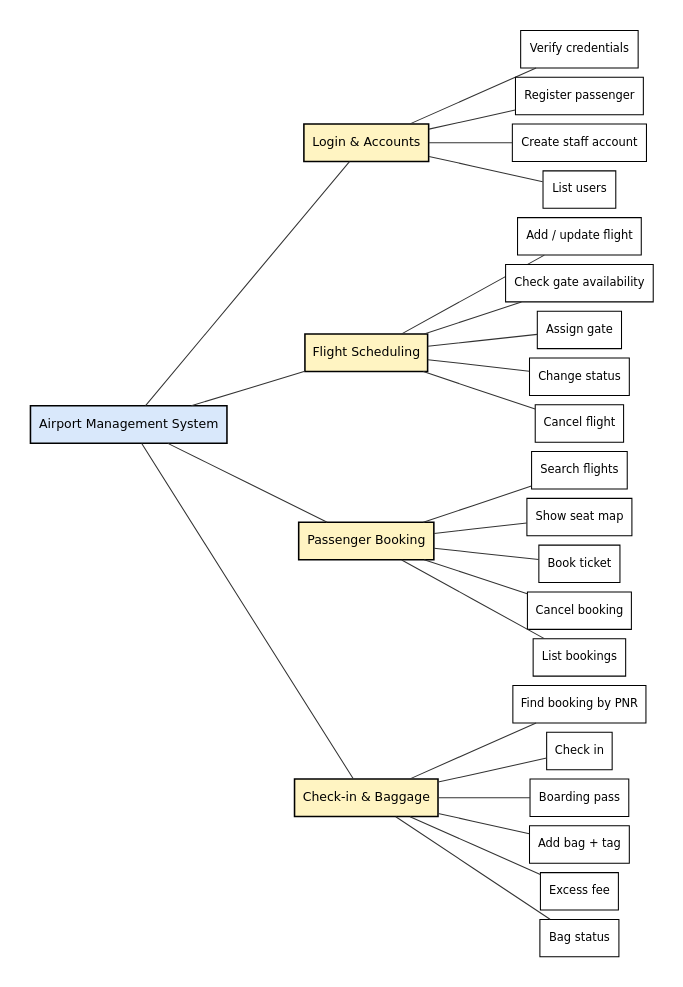
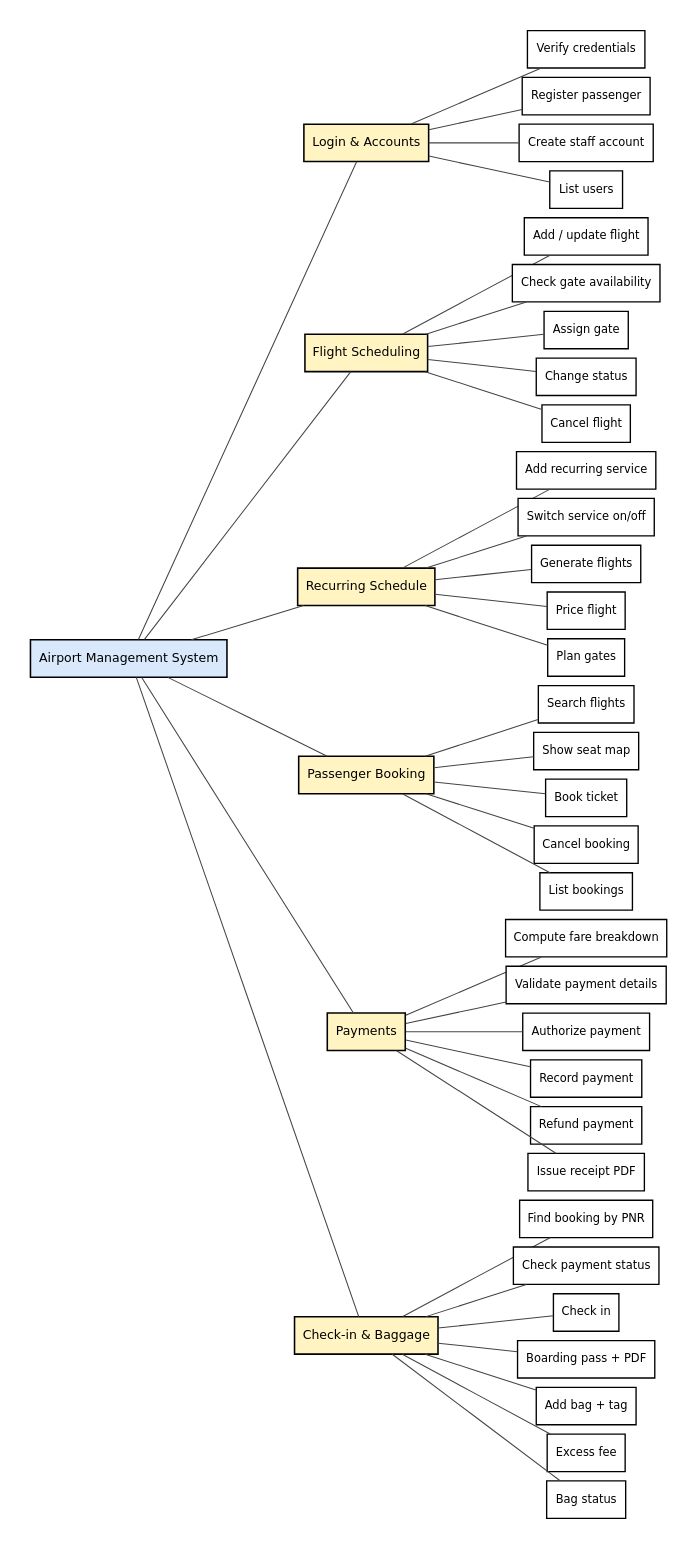
Before and after one commit to praksingh-2702/AirportMS: the diagram in docs/diagrams/decomposition.dot, drawn with Graphviz. The commit also changed 193 other files, not shown here.

Commit message:
Add payments, refunds, PDFs, schedule generation; update report and diagrams

```diff
--- a/docs/diagrams/decomposition.dot
+++ b/docs/diagrams/decomposition.dot
@@ -1,55 +1,83 @@
 digraph "decomposition" {
-  graph [fontname="DejaVu Sans" pad=0.3 rankdir=LR nodesep=0.12 ranksep=0.9 splines=line];
-  node [fontname="DejaVu Sans" fontsize=12];
-  edge [fontname="DejaVu Sans" fontsize=10 color="#333333"];
-  node [shape=box style="filled" fillcolor="white"];
+  graph [rankdir=LR bgcolor="#FFFFFF" fontname="DejaVu Sans" pad=0.3 splines=true nodesep=0.12 ranksep=0.9 splines=line];
+  node [fontname="DejaVu Sans" fontsize=12 color="#000000" fillcolor="#D9E8FB" style=filled penwidth=1.3];
+  edge [fontname="DejaVu Sans" fontsize=10 color="#444444" arrowsize=0.7];
+  node [shape=box fillcolor="white"];
   n0 [label="Airport Management System" fillcolor="#D9E8FB" penwidth=1.5];
   n0 -> n1 [arrowhead=none];
   n0 -> n2 [arrowhead=none];
   n0 -> n3 [arrowhead=none];
   n0 -> n4 [arrowhead=none];
+  n0 -> n5 [arrowhead=none];
+  n0 -> n6 [arrowhead=none];
   n1 [label="Login & Accounts" fillcolor="#FFF4C2" penwidth=1.5];
-  n5 [label="Verify credentials" fontsize=11];
-  n1 -> n5 [arrowhead=none];
-  n6 [label="Register passenger" fontsize=11];
-  n1 -> n6 [arrowhead=none];
-  n7 [label="Create staff account" fontsize=11];
+  n7 [label="Verify credentials" fontsize=11];
   n1 -> n7 [arrowhead=none];
-  n8 [label="List users" fontsize=11];
+  n8 [label="Register passenger" fontsize=11];
   n1 -> n8 [arrowhead=none];
+  n9 [label="Create staff account" fontsize=11];
+  n1 -> n9 [arrowhead=none];
+  n10 [label="List users" fontsize=11];
+  n1 -> n10 [arrowhead=none];
   n2 [label="Flight Scheduling" fillcolor="#FFF4C2" penwidth=1.5];
-  n9 [label="Add / update flight" fontsize=11];
-  n2 -> n9 [arrowhead=none];
-  n10 [label="Check gate availability" fontsize=11];
-  n2 -> n10 [arrowhead=none];
-  n11 [label="Assign gate" fontsize=11];
+  n11 [label="Add / update flight" fontsize=11];
   n2 -> n11 [arrowhead=none];
-  n12 [label="Change status" fontsize=11];
+  n12 [label="Check gate availability" fontsize=11];
   n2 -> n12 [arrowhead=none];
-  n13 [label="Cancel flight" fontsize=11];
+  n13 [label="Assign gate" fontsize=11];
   n2 -> n13 [arrowhead=none];
-  n3 [label="Passenger Booking" fillcolor="#FFF4C2" penwidth=1.5];
-  n14 [label="Search flights" fontsize=11];
-  n3 -> n14 [arrowhead=none];
-  n15 [label="Show seat map" fontsize=11];
-  n3 -> n15 [arrowhead=none];
-  n16 [label="Book ticket" fontsize=11];
+  n14 [label="Change status" fontsize=11];
+  n2 -> n14 [arrowhead=none];
+  n15 [label="Cancel flight" fontsize=11];
+  n2 -> n15 [arrowhead=none];
+  n3 [label="Recurring Schedule" fillcolor="#FFF4C2" penwidth=1.5];
+  n16 [label="Add recurring service" fontsize=11];
   n3 -> n16 [arrowhead=none];
-  n17 [label="Cancel booking" fontsize=11];
+  n17 [label="Switch service on/off" fontsize=11];
   n3 -> n17 [arrowhead=none];
-  n18 [label="List bookings" fontsize=11];
+  n18 [label="Generate flights" fontsize=11];
   n3 -> n18 [arrowhead=none];
-  n4 [label="Check-in & Baggage" fillcolor="#FFF4C2" penwidth=1.5];
-  n19 [label="Find booking by PNR" fontsize=11];
-  n4 -> n19 [arrowhead=none];
-  n20 [label="Check in" fontsize=11];
-  n4 -> n20 [arrowhead=none];
-  n21 [label="Boarding pass" fontsize=11];
+  n19 [label="Price flight" fontsize=11];
+  n3 -> n19 [arrowhead=none];
+  n20 [label="Plan gates" fontsize=11];
+  n3 -> n20 [arrowhead=none];
+  n4 [label="Passenger Booking" fillcolor="#FFF4C2" penwidth=1.5];
+  n21 [label="Search flights" fontsize=11];
   n4 -> n21 [arrowhead=none];
-  n22 [label="Add bag + tag" fontsize=11];
+  n22 [label="Show seat map" fontsize=11];
   n4 -> n22 [arrowhead=none];
-  n23 [label="Excess fee" fontsize=11];
+  n23 [label="Book ticket" fontsize=11];
   n4 -> n23 [arrowhead=none];
-  n24 [label="Bag status" fontsize=11];
+  n24 [label="Cancel booking" fontsize=11];
   n4 -> n24 [arrowhead=none];
+  n25 [label="List bookings" fontsize=11];
+  n4 -> n25 [arrowhead=none];
+  n5 [label="Payments" fillcolor="#FFF4C2" penwidth=1.5];
+  n26 [label="Compute fare breakdown" fontsize=11];
+  n5 -> n26 [arrowhead=none];
+  n27 [label="Validate payment details" fontsize=11];
+  n5 -> n27 [arrowhead=none];
+  n28 [label="Authorize payment" fontsize=11];
+  n5 -> n28 [arrowhead=none];
+  n29 [label="Record payment" fontsize=11];
+  n5 -> n29 [arrowhead=none];
+  n30 [label="Refund payment" fontsize=11];
+  n5 -> n30 [arrowhead=none];
+  n31 [label="Issue receipt PDF" fontsize=11];
+  n5 -> n31 [arrowhead=none];
+  n6 [label="Check-in & Baggage" fillcolor="#FFF4C2" penwidth=1.5];
+  n32 [label="Find booking by PNR" fontsize=11];
+  n6 -> n32 [arrowhead=none];
+  n33 [label="Check payment status" fontsize=11];
+  n6 -> n33 [arrowhead=none];
+  n34 [label="Check in" fontsize=11];
+  n6 -> n34 [arrowhead=none];
+  n35 [label="Boarding pass + PDF" fontsize=11];
+  n6 -> n35 [arrowhead=none];
+  n36 [label="Add bag + tag" fontsize=11];
+  n6 -> n36 [arrowhead=none];
+  n37 [label="Excess fee" fontsize=11];
+  n6 -> n37 [arrowhead=none];
+  n38 [label="Bag status" fontsize=11];
+  n6 -> n38 [arrowhead=none];
 }
```
